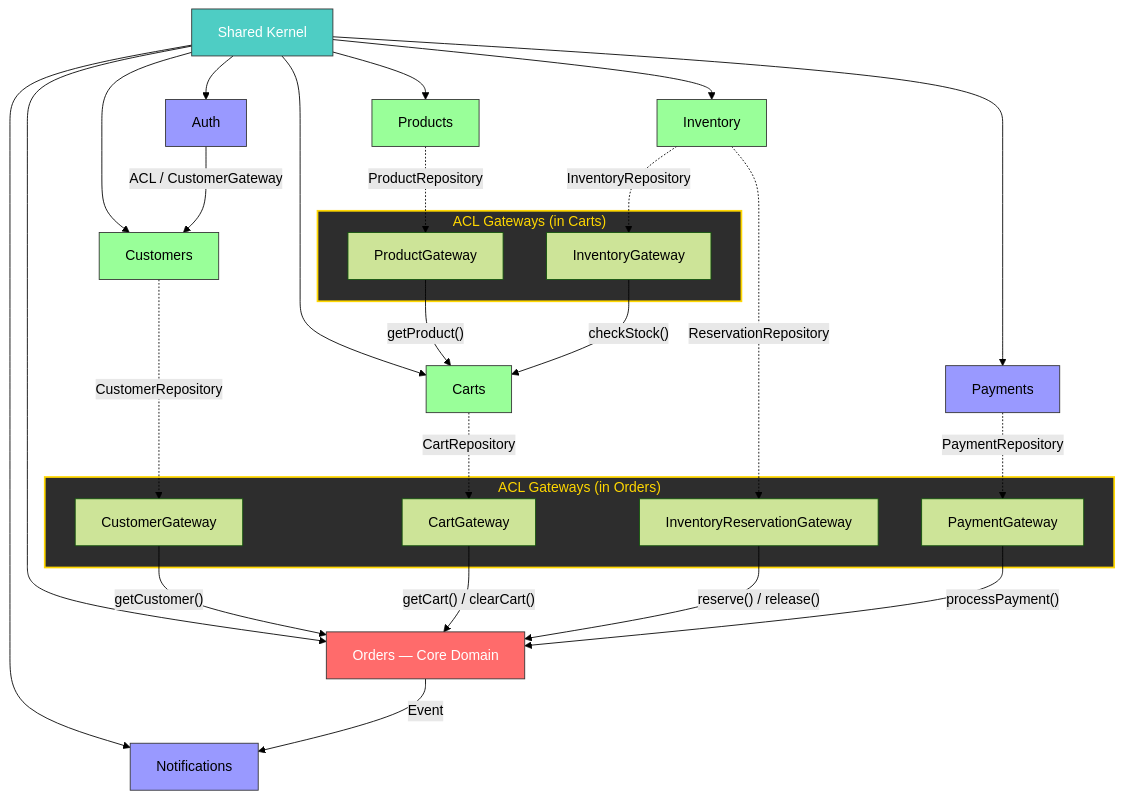
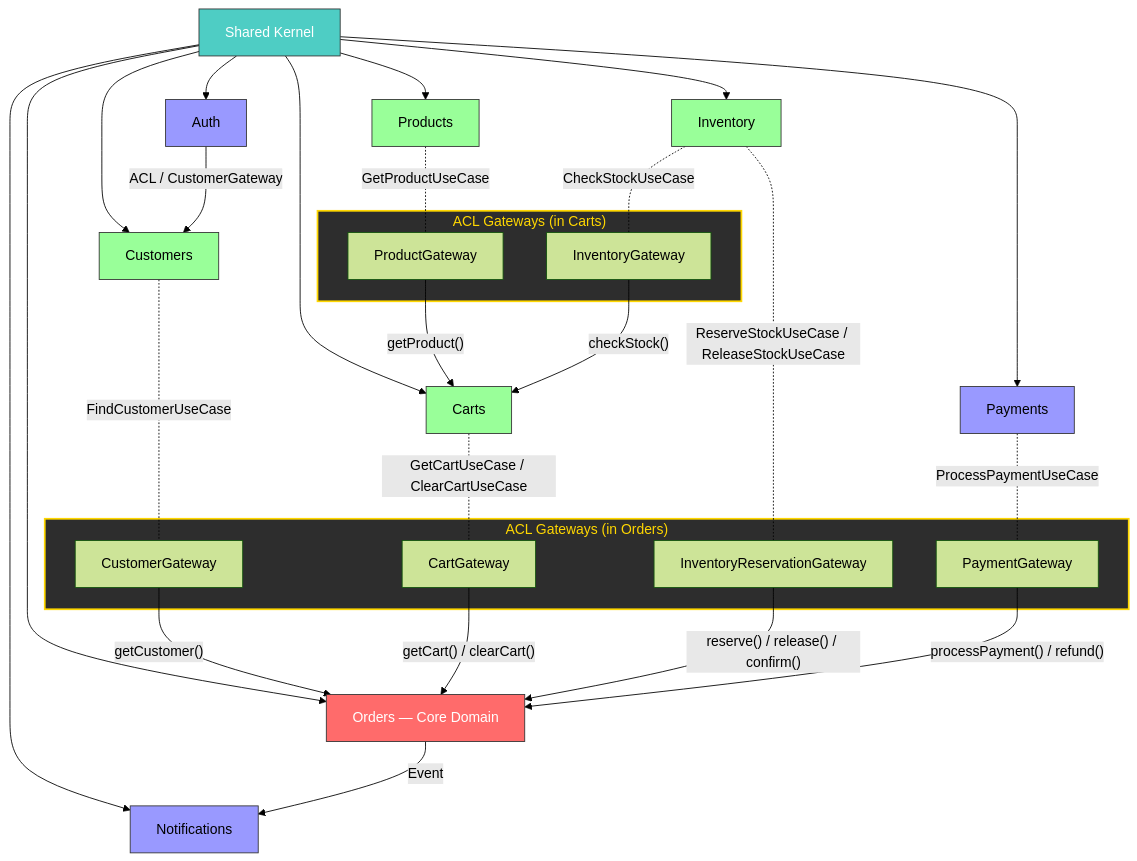
The first of 11 diagrams in docs/ARCHITECTURE.md (raouf-b-dev/ecommerce-store-api), drawn with Mermaid (forest theme) before and after one commit. The commit also changed 1 other file, not shown here.

Commit message:
ES-107: Update README.md and ARCHITECTURE.md: Enhanced documentation to reflect recent changes, including the completion of ACL Gateways and SAGA steps, and updated use case mappings in the architecture diagram for improved clarity on module interactions and responsibilities.

````diff
--- a/docs/ARCHITECTURE.md
+++ b/docs/ARCHITECTURE.md
@@ -40,53 +40,53 @@
 ```mermaid
 graph TD
     SK[Shared Kernel] --> Orders[Orders — Core Domain]
     SK --> Carts[Carts]
     SK --> Inventory[Inventory]
     SK --> Products[Products]
     SK --> Customers[Customers]
     SK --> Payments[Payments]
     SK --> Auth[Auth]
     SK --> Notifications[Notifications]
 
     subgraph ACL_Orders["ACL Gateways (in Orders)"]
         CustGW["CustomerGateway"]
         CartGW["CartGateway"]
         InvGW["InventoryReservationGateway"]
         PayGW["PaymentGateway"]
     end
 
-    Customers -.->|"CustomerRepository"| CustGW
-    Carts -.->|"CartRepository"| CartGW
-    Inventory -.->|"ReservationRepository"| InvGW
-    Payments -.->|"PaymentRepository"| PayGW
+    Customers -.-|"FindCustomerUseCase"| CustGW
+    Carts -.-|"GetCartUseCase / ClearCartUseCase"| CartGW
+    Inventory -.-|"ReserveStockUseCase / ReleaseStockUseCase"| InvGW
+    Payments -.-|"ProcessPaymentUseCase"| PayGW
 
     CustGW -->|"getCustomer()"| Orders
     CartGW -->|"getCart() / clearCart()"| Orders
-    InvGW -->|"reserve() / release()"| Orders
-    PayGW -->|"processPayment()"| Orders
+    InvGW -->|"reserve() / release() / confirm()"| Orders
+    PayGW -->|"processPayment() / refund()"| Orders
 
     subgraph ACL_Carts["ACL Gateways (in Carts)"]
         ProdGW["ProductGateway"]
         InvGW2["InventoryGateway"]
     end
 
-    Products -.->|"ProductRepository"| ProdGW
-    Inventory -.->|"InventoryRepository"| InvGW2
+    Products -.-|"GetProductUseCase"| ProdGW
+    Inventory -.-|"CheckStockUseCase"| InvGW2
 
     ProdGW -->|"getProduct()"| Carts
     InvGW2 -->|"checkStock()"| Carts
 
     Auth -->|"ACL / CustomerGateway"| Customers
     Orders -->|"Event"| Notifications
 
     style Orders fill:#ff6b6b,stroke:#333,color:#fff
     style SK fill:#4ecdc4,stroke:#333,color:#fff
     style ACL_Orders fill:#2d2d2d,stroke:#ffd700,color:#ffd700,stroke-width:2px
     style ACL_Carts fill:#2d2d2d,stroke:#ffd700,color:#ffd700,stroke-width:2px
 
     classDef support fill:#99ff99,stroke:#333,stroke-width:1px;
     classDef generic fill:#9999ff,stroke:#333,stroke-width:1px;
 
     class Inventory,Products,Carts,Customers support;
     class Payments,Auth,Notifications generic;
 ```
````
